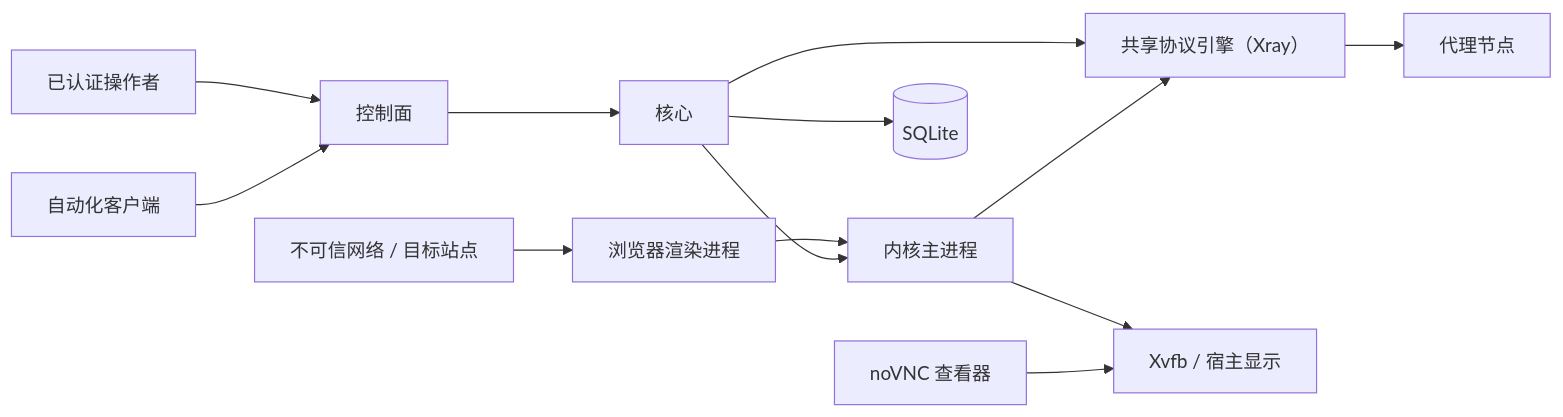
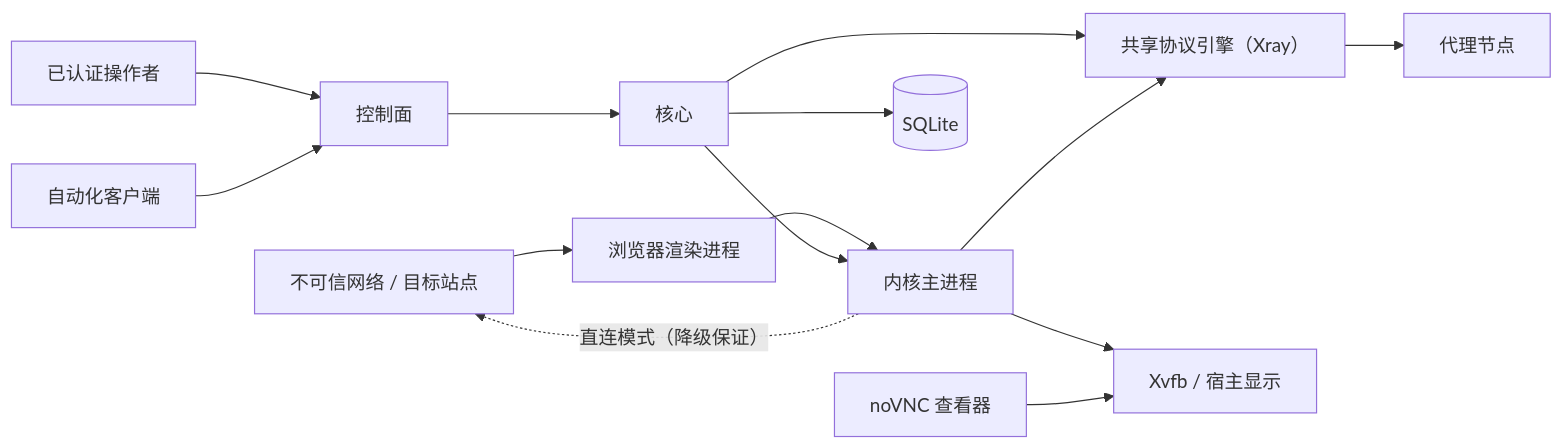
One commit to IvanLi-CN/mien changed the diagram in docs/SECURITY.md. Above: the diagram before and after it, drawn with Mermaid. The commit also changed other lines of this file and 22 other files, not shown here.

````diff
--- a/docs/SECURITY.md
+++ b/docs/SECURITY.md
@@ -31,15 +34,16 @@
 ```mermaid
 flowchart LR
   Internet["不可信网络 / 目标站点"] --> Browser["浏览器渲染进程"]
   Browser --> Kernel["内核主进程"]
   User["已认证操作者"] --> API["控制面"]
   Automation["自动化客户端"] --> API
   API --> Core["核心"]
   Core --> DB[("SQLite")]
   Core --> Proxy["共享协议引擎（Xray）"]
   Proxy --> Upstream["代理节点"]
   Core --> Kernel
   Kernel --> Proxy
+  Kernel -.->|"直连模式（降级保证）"| Internet
   Kernel --> Display["Xvfb / 宿主显示"]
   Viewer["noVNC 查看器"] --> Display
 ```
````
